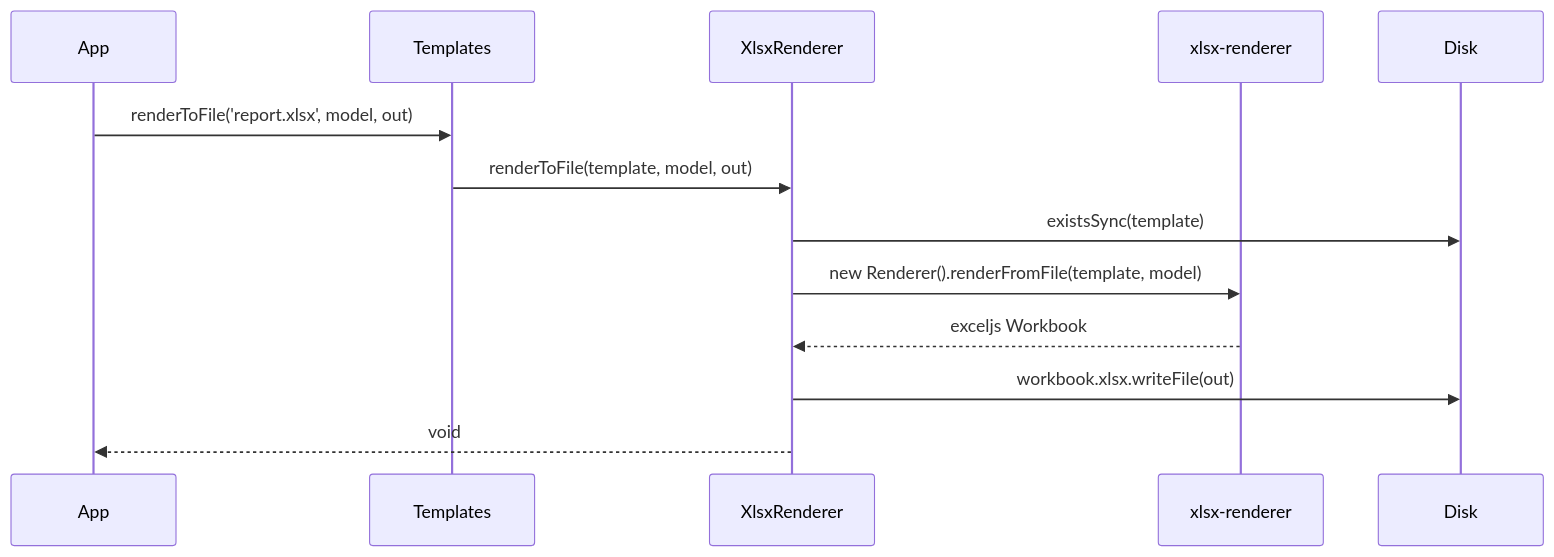
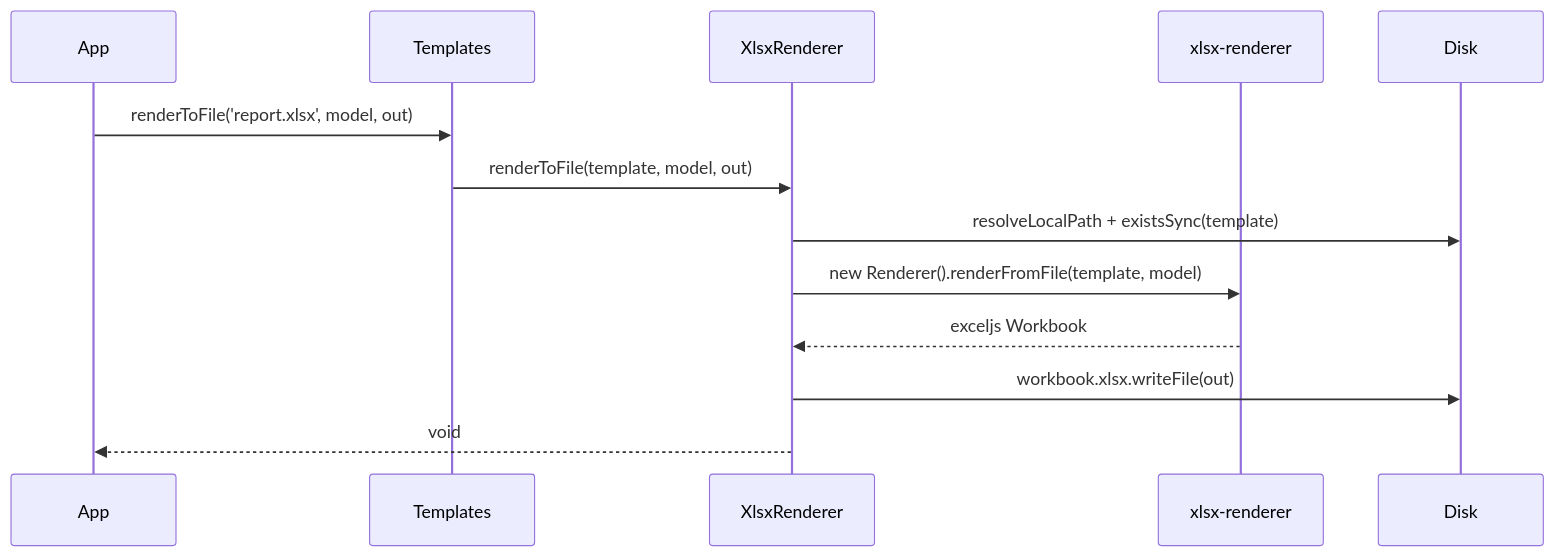
Before and after one commit to spinajs/main: the diagram in docs/templates-xlsx/01-rendering-xlsx-files.md, drawn with Mermaid. The commit also changed other lines of this file and 4 other files, not shown here.

````diff
--- a/docs/templates-xlsx/01-rendering-xlsx-files.md
+++ b/docs/templates-xlsx/01-rendering-xlsx-files.md
@@ -15,15 +15,15 @@
 ```mermaid
 sequenceDiagram
   participant App
   participant Templates
   participant XlsxRenderer
   participant XR as xlsx-renderer
   participant Disk
   App->>Templates: renderToFile('report.xlsx', model, out)
   Templates->>XlsxRenderer: renderToFile(template, model, out)
-  XlsxRenderer->>Disk: existsSync(template)
+  XlsxRenderer->>Disk: resolveLocalPath + existsSync(template)
   XlsxRenderer->>XR: new Renderer().renderFromFile(template, model)
   XR-->>XlsxRenderer: exceljs Workbook
   XlsxRenderer->>Disk: workbook.xlsx.writeFile(out)
   XlsxRenderer-->>App: void
 ```
````
